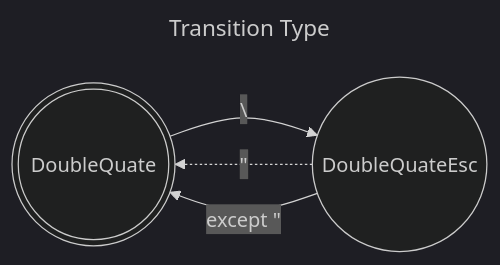
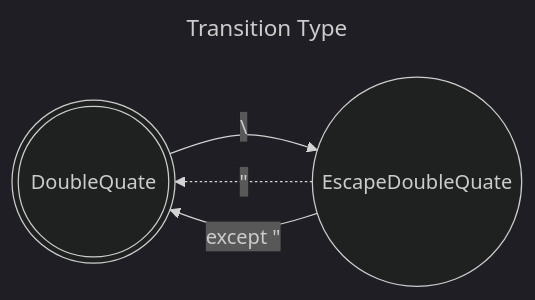
Before and after one commit to 8ttyan/home-made-shell: the second of 4 diagrams in README.md, drawn with Mermaid (dark theme). The commit also changed other lines of this file, not shown here.

````diff
--- a/README.md
+++ b/README.md
@@ -106,12 +106,12 @@
 ```mermaid
 ---
 title: Transition Type
 ---
 flowchart LR
 DoubleQuate(((DoubleQuate)))
-DoubleQuateEsc((DoubleQuateEsc))
-DoubleQuate -- \ --> DoubleQuateEsc
-DoubleQuateEsc -. #34; .-> DoubleQuate
-DoubleQuateEsc -- except #34; --> DoubleQuate
+EscapeDoubleQuate((EscapeDoubleQuate))
+DoubleQuate -- \ --> EscapeDoubleQuate
+EscapeDoubleQuate -. #34; .-> DoubleQuate
+EscapeDoubleQuate -- except #34; --> DoubleQuate
 
 ```
````
